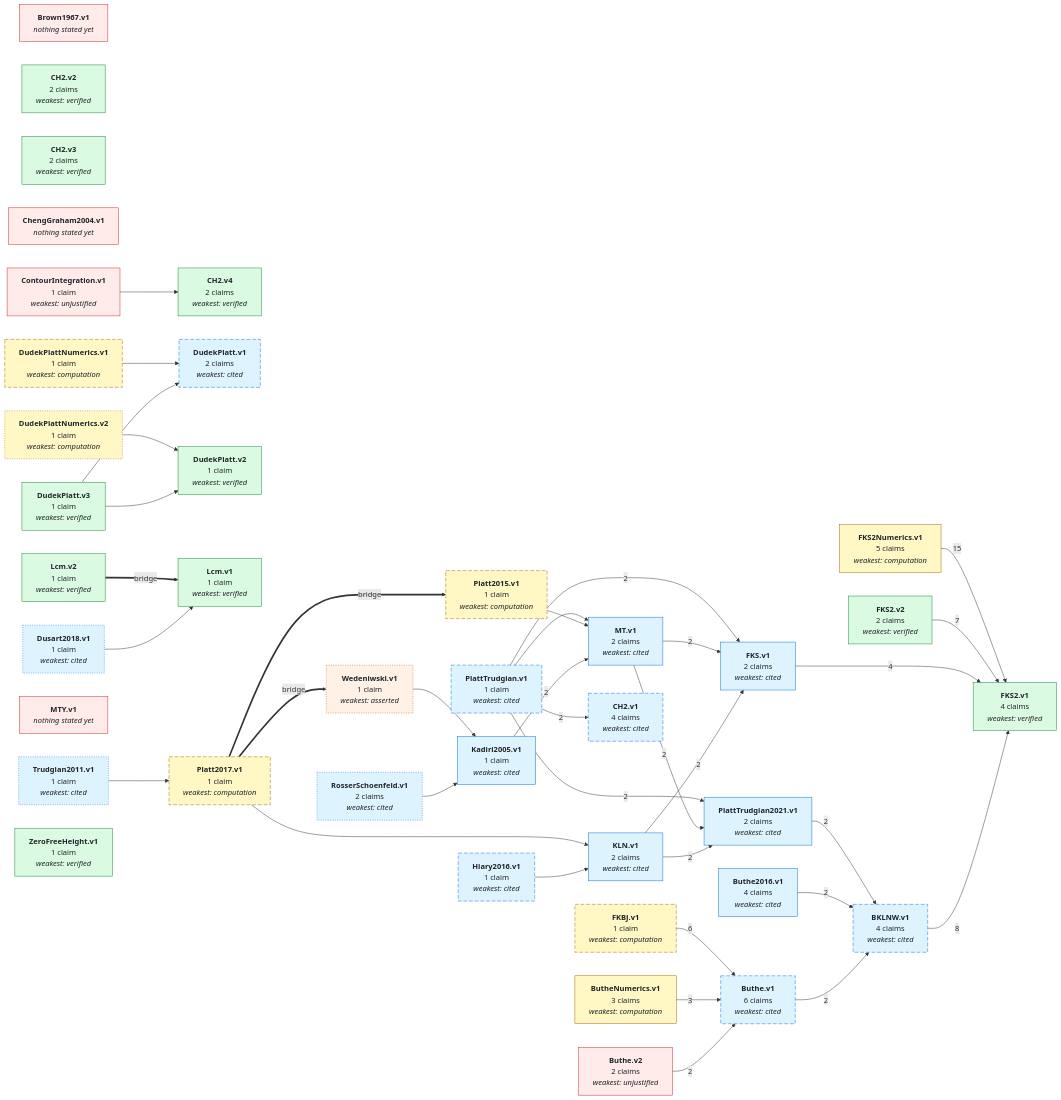
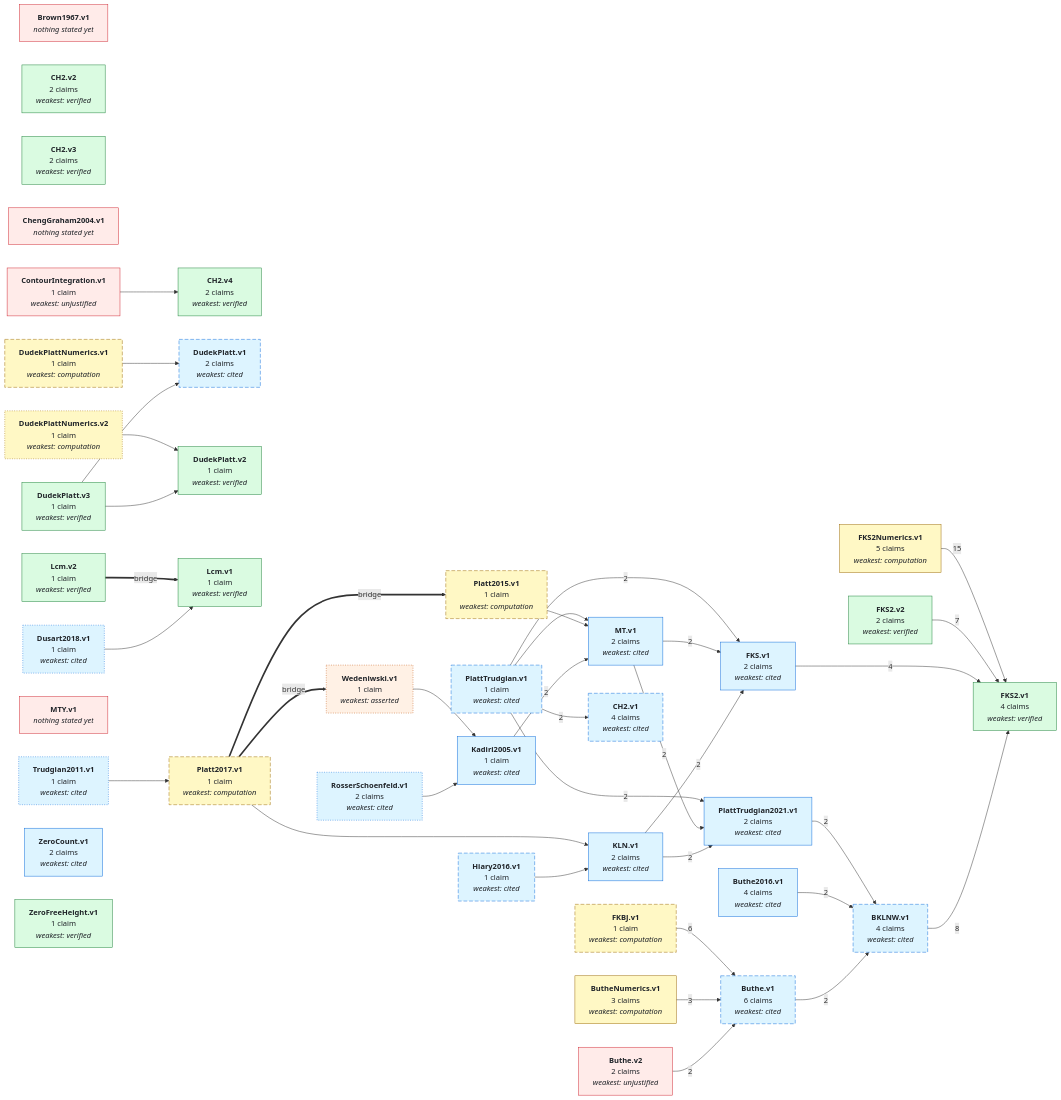
The first of 2 diagrams in GRAPH.md (teorth/IEANTN), drawn with Mermaid before and after one commit. The commit also changed other lines of this file and 8 other files, not shown here.

First line of the commit message:
ZeroCount.v1: Rosser's Riemann-von Mangoldt error bound

```diff
--- a/GRAPH.md
+++ b/GRAPH.md
@@ -89,6 +89,7 @@
   NRosserSchoenfeld_v1["<b>RosserSchoenfeld.v1</b><br/>2 claims<br/><i>weakest: cited</i>"]
   NTrudgian2011_v1["<b>Trudgian2011.v1</b><br/>1 claim<br/><i>weakest: cited</i>"]
   NWedeniwski_v1["<b>Wedeniwski.v1</b><br/>1 claim<br/><i>weakest: asserted</i>"]
+  NZeroCount_v1["<b>ZeroCount.v1</b><br/>2 claims<br/><i>weakest: cited</i>"]
   NZeroFreeHeight_v1["<b>ZeroFreeHeight.v1</b><br/>1 claim<br/><i>weakest: verified</i>"]
   NBKLNW_v1 -->|8| NFKS2_v1
   NButhe_v1 -->|2| NBKLNW_v1
@@ -141,7 +142,7 @@
   style NWedeniwski_v1 stroke-dasharray: 2 3;
   class NBrown1967_v1,NButhe_v2,NChengGraham2004_v1,NContourIntegration_v1,NMTY_v1 none_yet;
   class NWedeniwski_v1 asserted;
-  class NBKLNW_v1,NButhe_v1,NButhe2016_v1,NCH2_v1,NDudekPlatt_v1,NDusart2018_v1,NFKS_v1,NHiary2016_v1,NKLN_v1,NKadiri2005_v1,NMT_v1,NPlattTrudgian_v1,NPlattTrudgian2021_v1,NRosserSchoenfeld_v1,NTrudgian2011_v1 literature;
+  class NBKLNW_v1,NButhe_v1,NButhe2016_v1,NCH2_v1,NDudekPlatt_v1,NDusart2018_v1,NFKS_v1,NHiary2016_v1,NKLN_v1,NKadiri2005_v1,NMT_v1,NPlattTrudgian_v1,NPlattTrudgian2021_v1,NRosserSchoenfeld_v1,NTrudgian2011_v1,NZeroCount_v1 literature;
   class NButheNumerics_v1,NDudekPlattNumerics_v1,NDudekPlattNumerics_v2,NFKBJ_v1,NFKS2Numerics_v1,NPlatt2015_v1,NPlatt2017_v1 numerical;
   class NCH2_v2,NCH2_v3,NCH2_v4,NDudekPlatt_v2,NDudekPlatt_v3,NFKS2_v1,NFKS2_v2,NLcm_v1,NLcm_v2,NZeroFreeHeight_v1 lean_comparator;
   click NBKLNW_v1 href "https://github.com/teorth/IEANTN/blob/main/docs/nodes/BKLNW-v1.md" _blank
@@ -178,6 +179,7 @@
   click NRosserSchoenfeld_v1 href "https://github.com/teorth/IEANTN/blob/main/docs/nodes/RosserSchoenfeld-v1.md" _blank
   click NTrudgian2011_v1 href "https://github.com/teorth/IEANTN/blob/main/docs/nodes/Trudgian2011-v1.md" _blank
   click NWedeniwski_v1 href "https://github.com/teorth/IEANTN/blob/main/docs/nodes/Wedeniwski-v1.md" _blank
+  click NZeroCount_v1 href "https://github.com/teorth/IEANTN/blob/main/docs/nodes/ZeroCount-v1.md" _blank
   click NZeroFreeHeight_v1 href "https://github.com/teorth/IEANTN/blob/main/docs/nodes/ZeroFreeHeight-v1.md" _blank
   classDef lean_comparator fill:#dafbe1,stroke:#1a7f37,color:#1f2328;
   classDef lean_comparator_stale fill:#e9f7ec,stroke:#2da44e,color:#1f2328;
```
